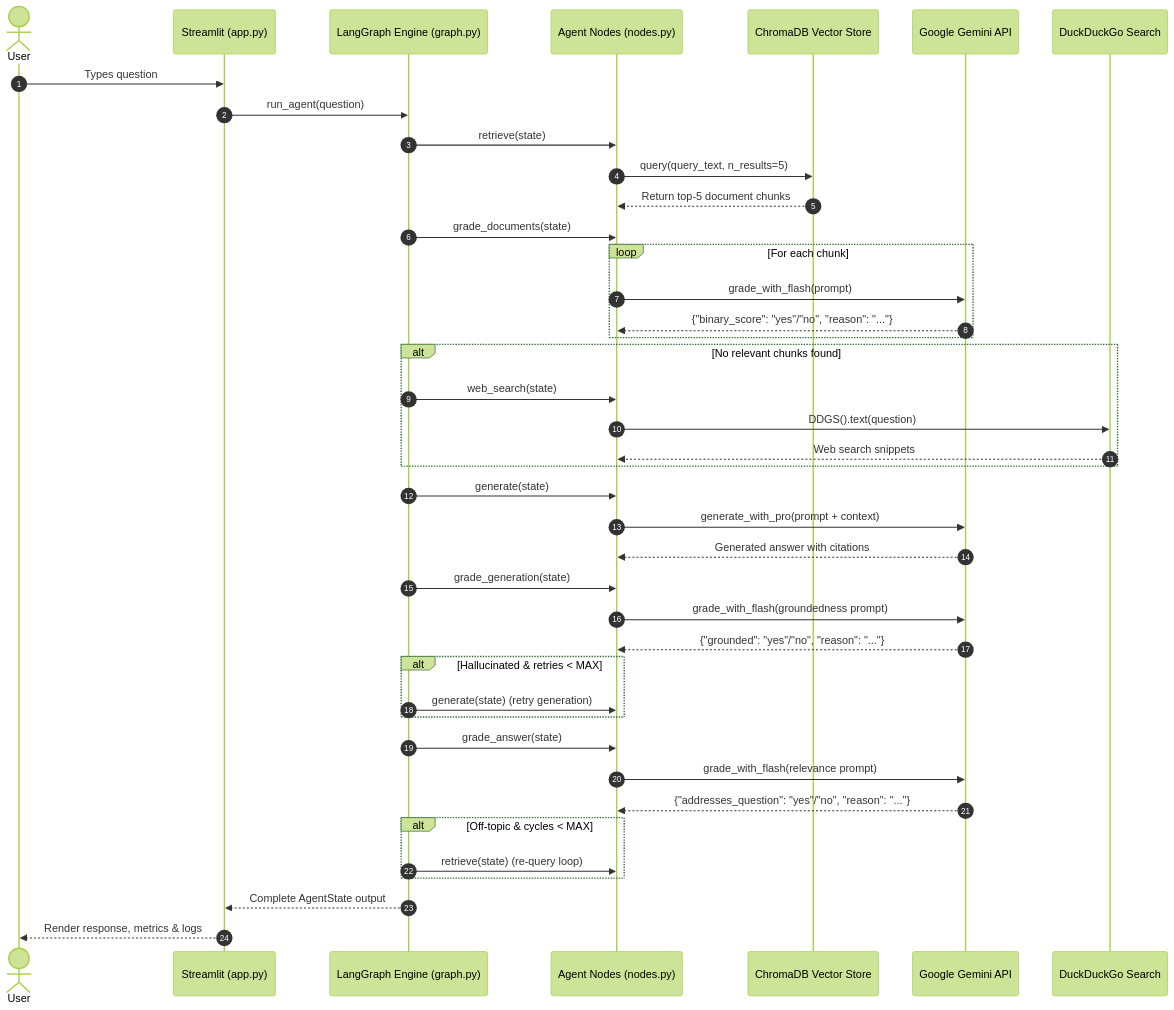
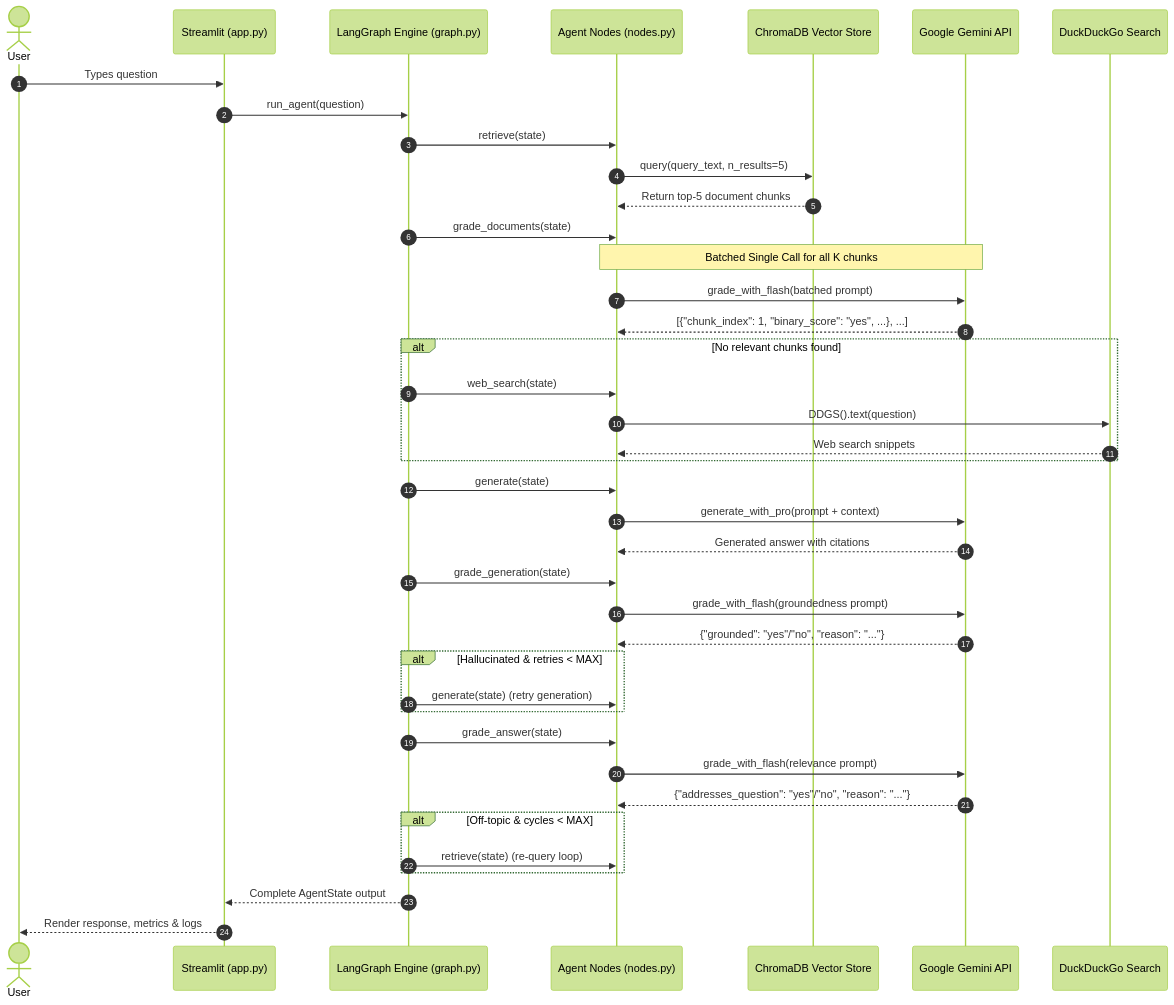
The third of 3 diagrams in architecture.md (shanujya/academic-rag-agent), drawn with Mermaid (forest theme) before and after one commit. The commit also changed other lines of this file, not shown here.

Commit message:
update architecture file

````diff
--- a/architecture.md
+++ b/architecture.md
@@ -176,53 +209,52 @@
 ```mermaid
 sequenceDiagram
     autonumber
     actor User
     participant UI as Streamlit (app.py)
     participant Graph as LangGraph Engine (graph.py)
     participant Nodes as Agent Nodes (nodes.py)
     participant VStore as ChromaDB Vector Store
     participant Gemini as Google Gemini API
     participant Web as DuckDuckGo Search
 
     User->>UI: Types question
     UI->>Graph: run_agent(question)
     
     Graph->>Nodes: retrieve(state)
     Nodes->>VStore: query(query_text, n_results=5)
     VStore-->>Nodes: Return top-5 document chunks
     
     Graph->>Nodes: grade_documents(state)
-    loop For each chunk
-        Nodes->>Gemini: grade_with_flash(prompt)
-        Gemini-->>Nodes: {"binary_score": "yes"/"no", "reason": "..."}
-    end
+    Note over Nodes,Gemini: Batched Single Call for all K chunks
+    Nodes->>Gemini: grade_with_flash(batched prompt)
+    Gemini-->>Nodes: [{"chunk_index": 1, "binary_score": "yes", ...}, ...]
     
     alt No relevant chunks found
         Graph->>Nodes: web_search(state)
         Nodes->>Web: DDGS().text(question)
         Web-->>Nodes: Web search snippets
     end
 
     Graph->>Nodes: generate(state)
     Nodes->>Gemini: generate_with_pro(prompt + context)
     Gemini-->>Nodes: Generated answer with citations
 
     Graph->>Nodes: grade_generation(state)
     Nodes->>Gemini: grade_with_flash(groundedness prompt)
     Gemini-->>Nodes: {"grounded": "yes"/"no", "reason": "..."}
 
     alt Hallucinated & retries < MAX
         Graph->>Nodes: generate(state) (retry generation)
     end
 
     Graph->>Nodes: grade_answer(state)
     Nodes->>Gemini: grade_with_flash(relevance prompt)
     Gemini-->>Nodes: {"addresses_question": "yes"/"no", "reason": "..."}
 
     alt Off-topic & cycles < MAX
         Graph->>Nodes: retrieve(state) (re-query loop)
     end
 
     Graph-->>UI: Complete AgentState output
     UI-->>User: Render response, metrics & logs
 ```
````
